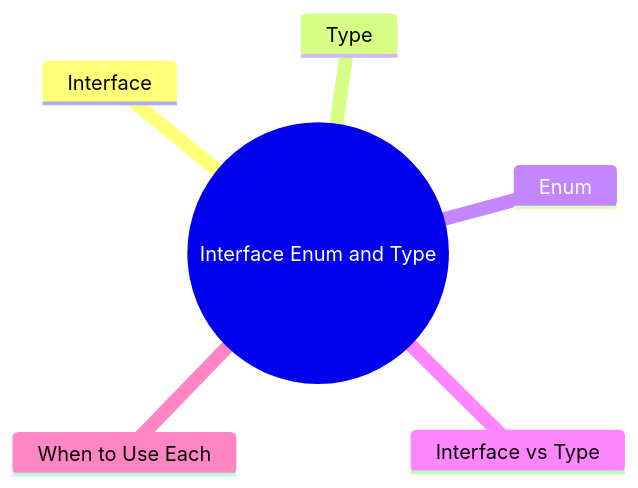
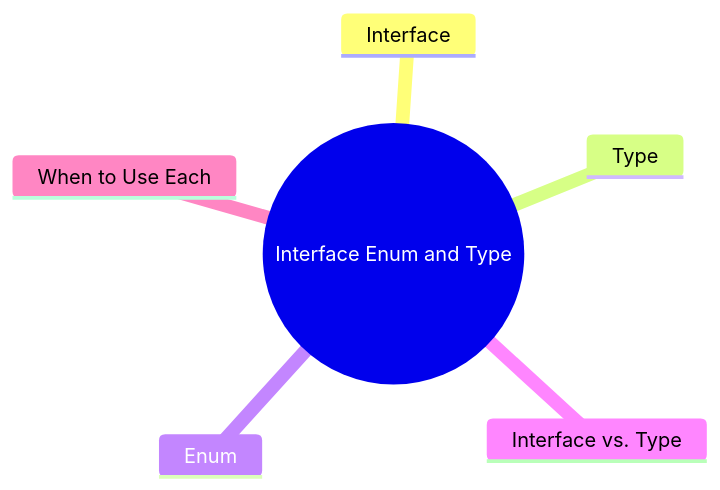
Before and after one commit to Charmying/blog: the diagram in src/posts/en/typescript-interface-enum-type.mdx, drawn with Mermaid. The commit also changed other lines of this file and 41 other files, not shown here.

````diff
--- a/src/posts/en/typescript-interface-enum-type.mdx
+++ b/src/posts/en/typescript-interface-enum-type.mdx
@@ -14,9 +14,9 @@
 ```mermaid
 mindmap
     root((Interface Enum and Type))
         Interface
         Type
         Enum
-        Interface vs Type
+        Interface vs. Type
         When to Use Each
 ```
````
